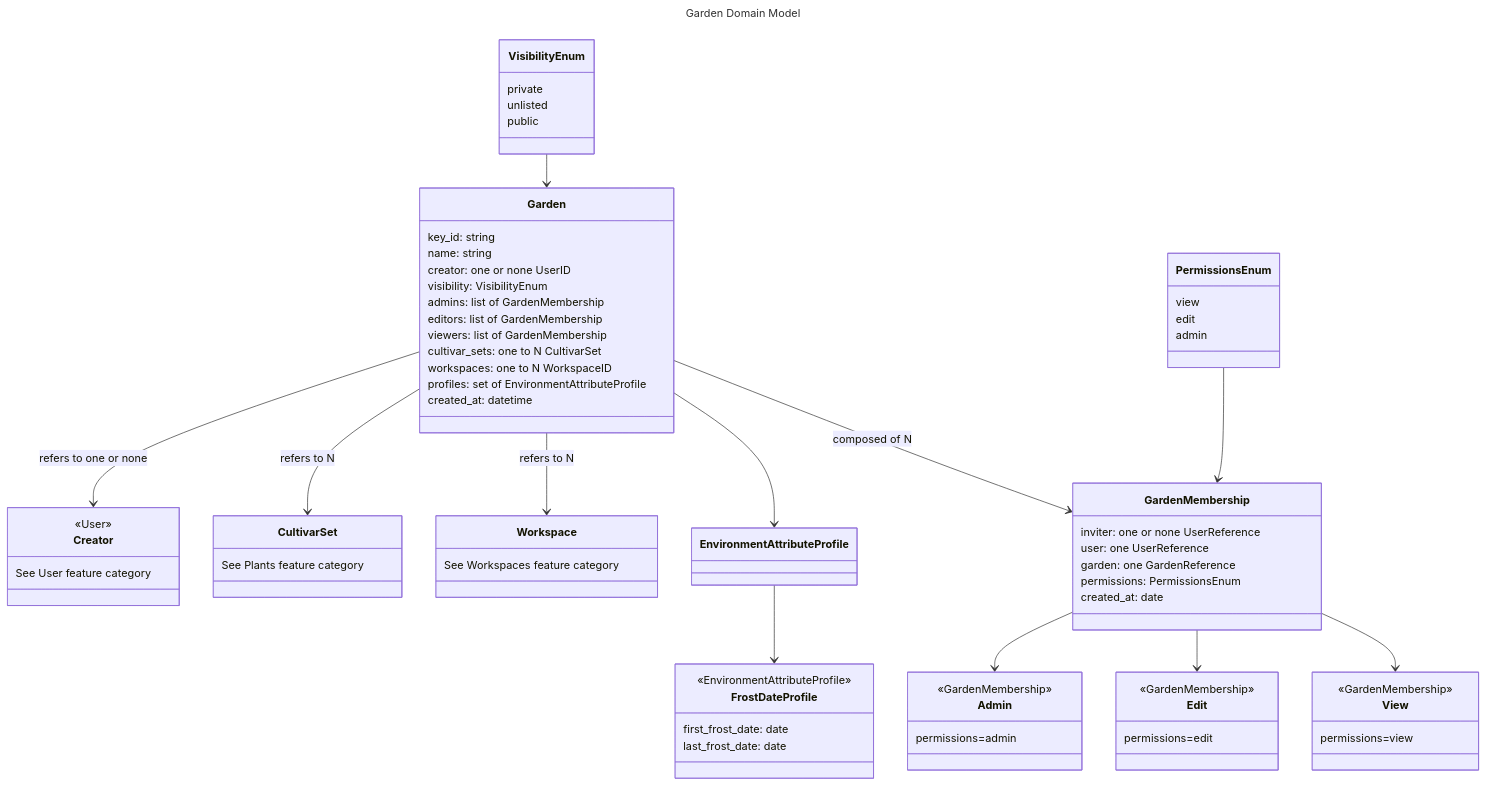
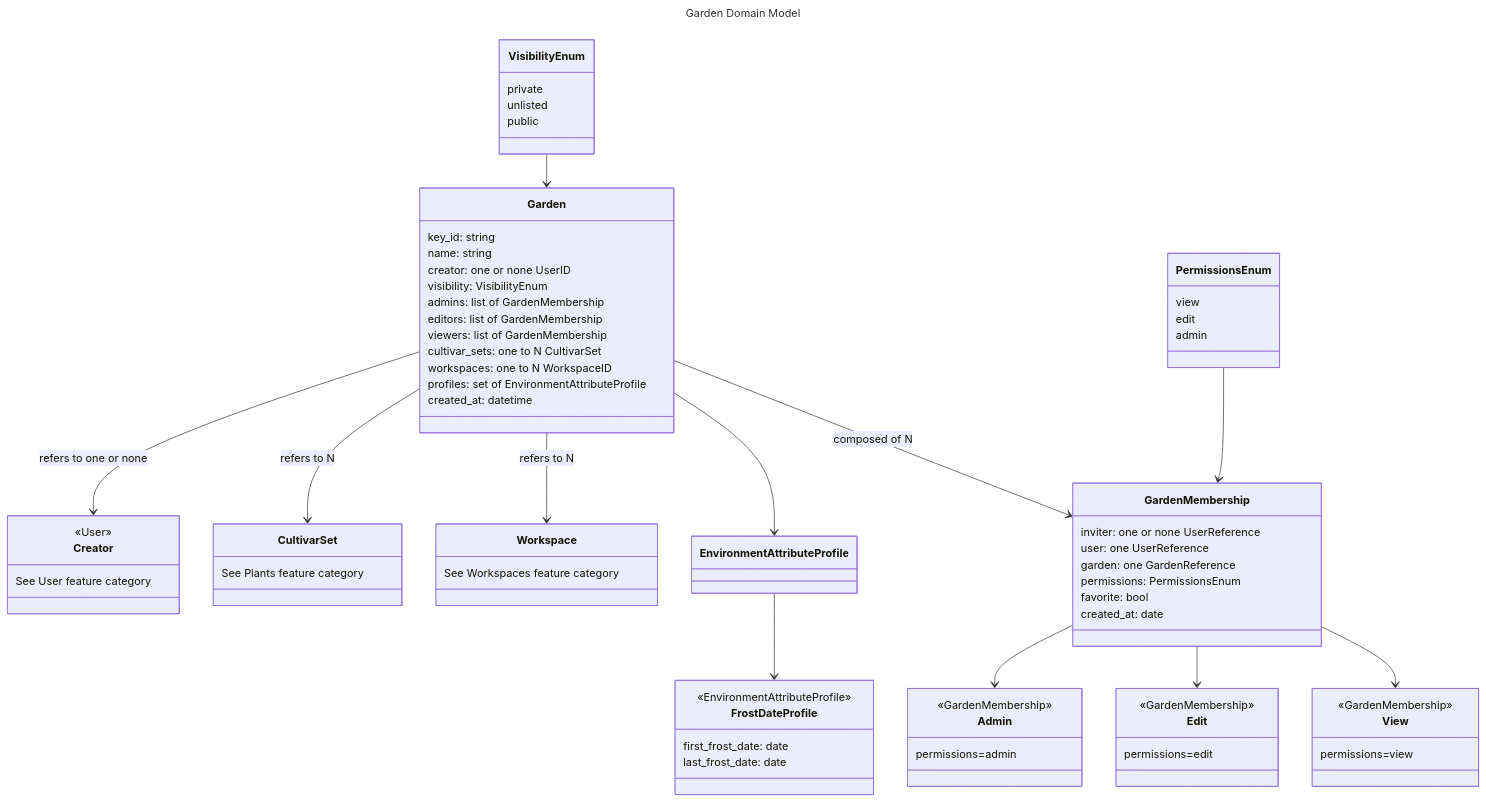
Before and after one commit to VerdanTech/Vdt-Webapp: the diagram in outline/gardens/models.md, drawn with Mermaid. The commit also changed other lines of this file and 26 other files, not shown here.

````diff
--- a/outline/gardens/models.md
+++ b/outline/gardens/models.md
@@ -3,79 +3,80 @@
 ```mermaid
 ---
 title: Garden Domain Model
 ---
 classDiagram
     Garden
     Garden --> Creator : refers to one or none
     Garden --> CultivarSet : refers to N
     Garden --> Workspace : refers to N
     Garden --> EnvironmentAttributeProfile 
     VisibilityEnum --> Garden
     EnvironmentAttributeProfile --> FrostDateProfile
     Garden --> GardenMembership : composed of N  
     GardenMembership --> Admin
     GardenMembership --> Edit
     GardenMembership --> View 
     PermissionsEnum --> GardenMembership
     class Garden{
         key_id: string
         name: string
         creator: one or none UserID
         visibility: VisibilityEnum
         admins: list of GardenMembership
         editors: list of GardenMembership
         viewers: list of GardenMembership
         cultivar_sets: one to N CultivarSet
         workspaces: one to N WorkspaceID
         profiles: set of EnvironmentAttributeProfile
         created_at: datetime
     }
     class Creator{
         <<User>>
         See User feature category 
     }
     class VisibilityEnum{
         private
         unlisted
         public
     }
     class GardenMembership{
         inviter: one or none UserReference
         user: one UserReference
         garden: one GardenReference
         permissions: PermissionsEnum
+        favorite: bool
         created_at: date
 
     }
     class Admin{
         <<GardenMembership>>
         permissions=admin
     }
     class Edit{
         <<GardenMembership>>
         permissions=edit
     }
     class View{
         <<GardenMembership>>
         permissions=view
     }
     class PermissionsEnum{
         view
         edit
         admin
     }
     class CultivarSet{
         See Plants feature category
     }
     class Workspace{
         See Workspaces feature category
     }
     class EnvironmentAttributeProfile{
 
     }
     class FrostDateProfile{
         <<EnvironmentAttributeProfile>>
         first_frost_date: date
         last_frost_date: date
     }
 ```
````
